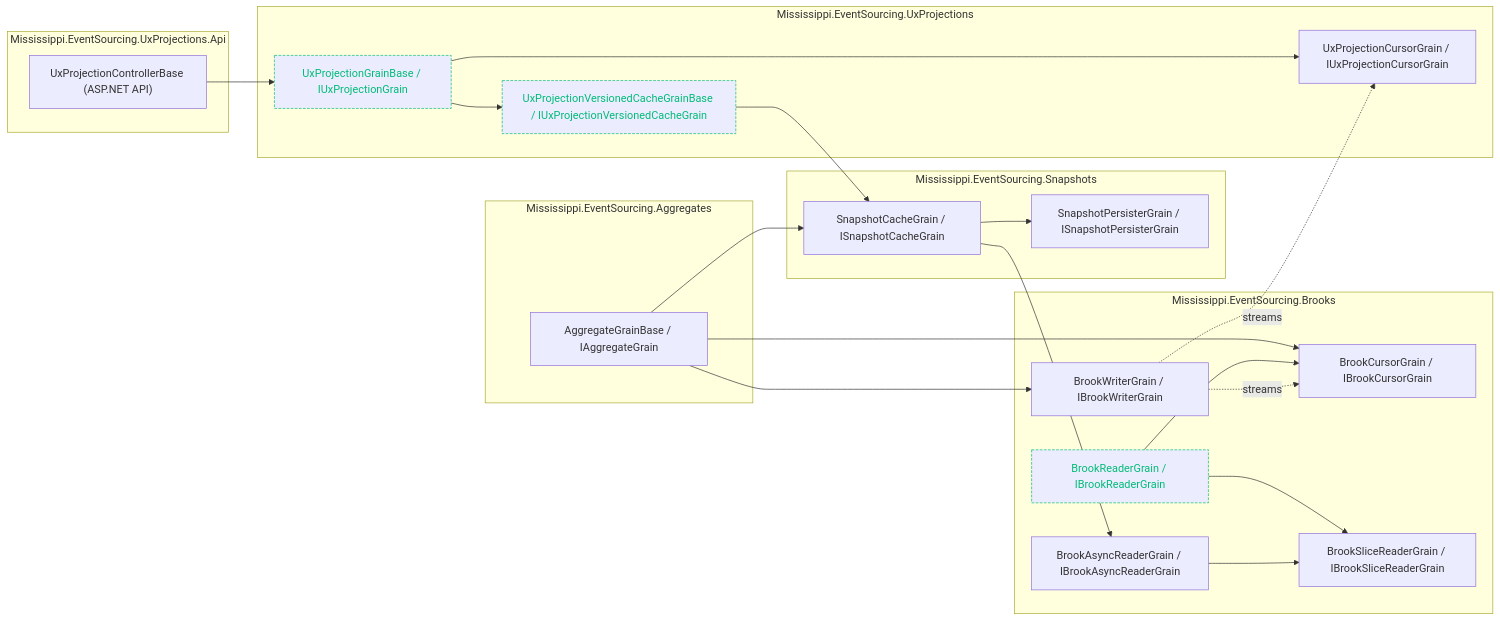
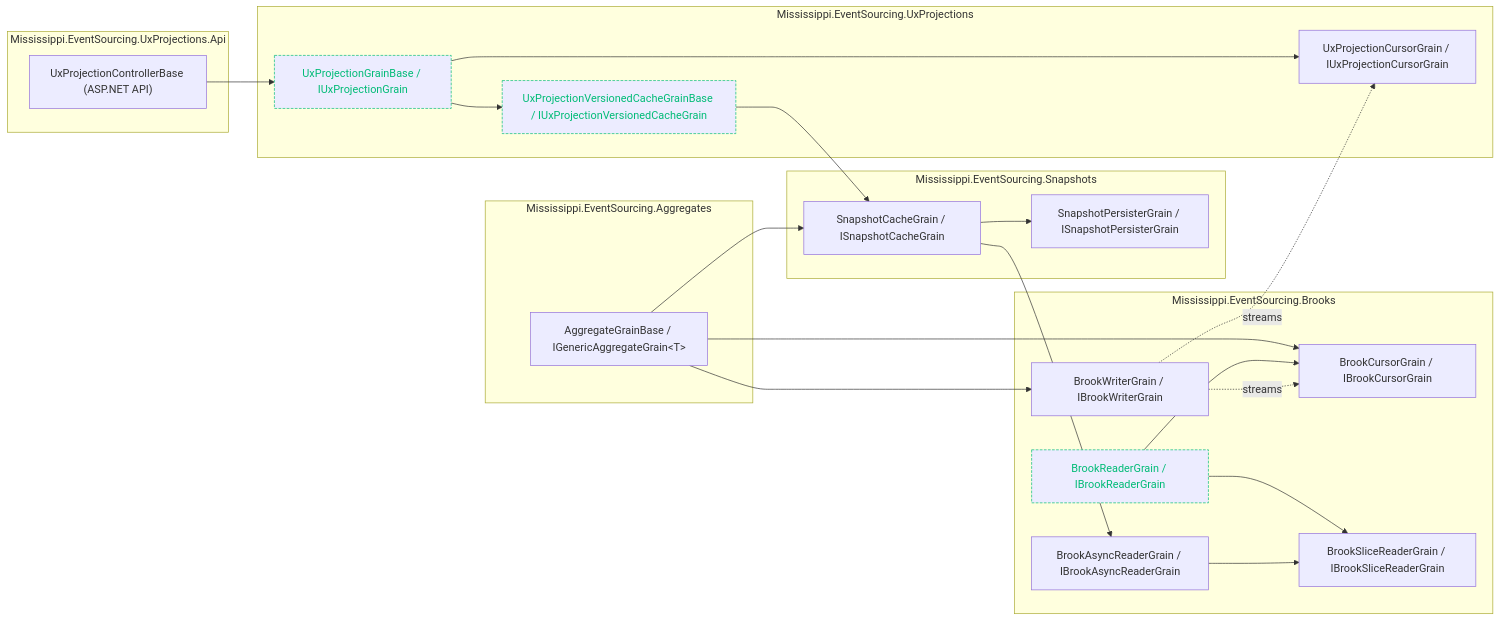
Before and after one commit to Gibbs-Morris/mississippi: the diagram in docs/grain-dependencies.md, drawn with Mermaid. The commit also changed 103 other files, not shown here.

````diff
--- a/docs/grain-dependencies.md
+++ b/docs/grain-dependencies.md
@@ -5,51 +5,51 @@
 ```mermaid
 flowchart LR
   subgraph API["Mississippi.EventSourcing.UxProjections.Api"]
     UxApi["UxProjectionControllerBase (ASP.NET API)"]
   end
 
   subgraph Brooks["Mississippi.EventSourcing.Brooks"]
     BrookWriter["BrookWriterGrain / IBrookWriterGrain"]
     BrookCursor["BrookCursorGrain / IBrookCursorGrain"]
     BrookReader["BrookReaderGrain / IBrookReaderGrain"]
     BrookAsyncReader["BrookAsyncReaderGrain / IBrookAsyncReaderGrain"]
     BrookSlice["BrookSliceReaderGrain / IBrookSliceReaderGrain"]
   end
 
   subgraph Snapshots["Mississippi.EventSourcing.Snapshots"]
     SnapshotCache["SnapshotCacheGrain / ISnapshotCacheGrain"]
     SnapshotPersister["SnapshotPersisterGrain / ISnapshotPersisterGrain"]
   end
 
   subgraph Aggregates["Mississippi.EventSourcing.Aggregates"]
-    Aggregate["AggregateGrainBase / IAggregateGrain"]
+    Aggregate["AggregateGrainBase / IGenericAggregateGrain&lt;T&gt;"]
   end
 
   subgraph UX["Mississippi.EventSourcing.UxProjections"]
     UxProjection["UxProjectionGrainBase / IUxProjectionGrain"]
     UxCursor["UxProjectionCursorGrain / IUxProjectionCursorGrain"]
     UxCache["UxProjectionVersionedCacheGrainBase / IUxProjectionVersionedCacheGrain"]
   end
 
   Aggregate --> BrookCursor
   Aggregate --> BrookWriter
   Aggregate --> SnapshotCache
 
   SnapshotCache --> BrookAsyncReader
   SnapshotCache --> SnapshotPersister
 
   BrookReader --> BrookCursor
   BrookReader --> BrookSlice
   BrookAsyncReader --> BrookSlice
 
   UxProjection --> UxCursor
   UxProjection --> UxCache
   UxCache --> SnapshotCache
   UxApi --> UxProjection
 
   BrookWriter -. streams .-> BrookCursor
   BrookWriter -. streams .-> UxCursor
 
   class UxProjection,UxCache,BrookReader stateless
   classDef stateless stroke-dasharray: 4 2, stroke:#0b7, color:#0b7;
 ```
````
